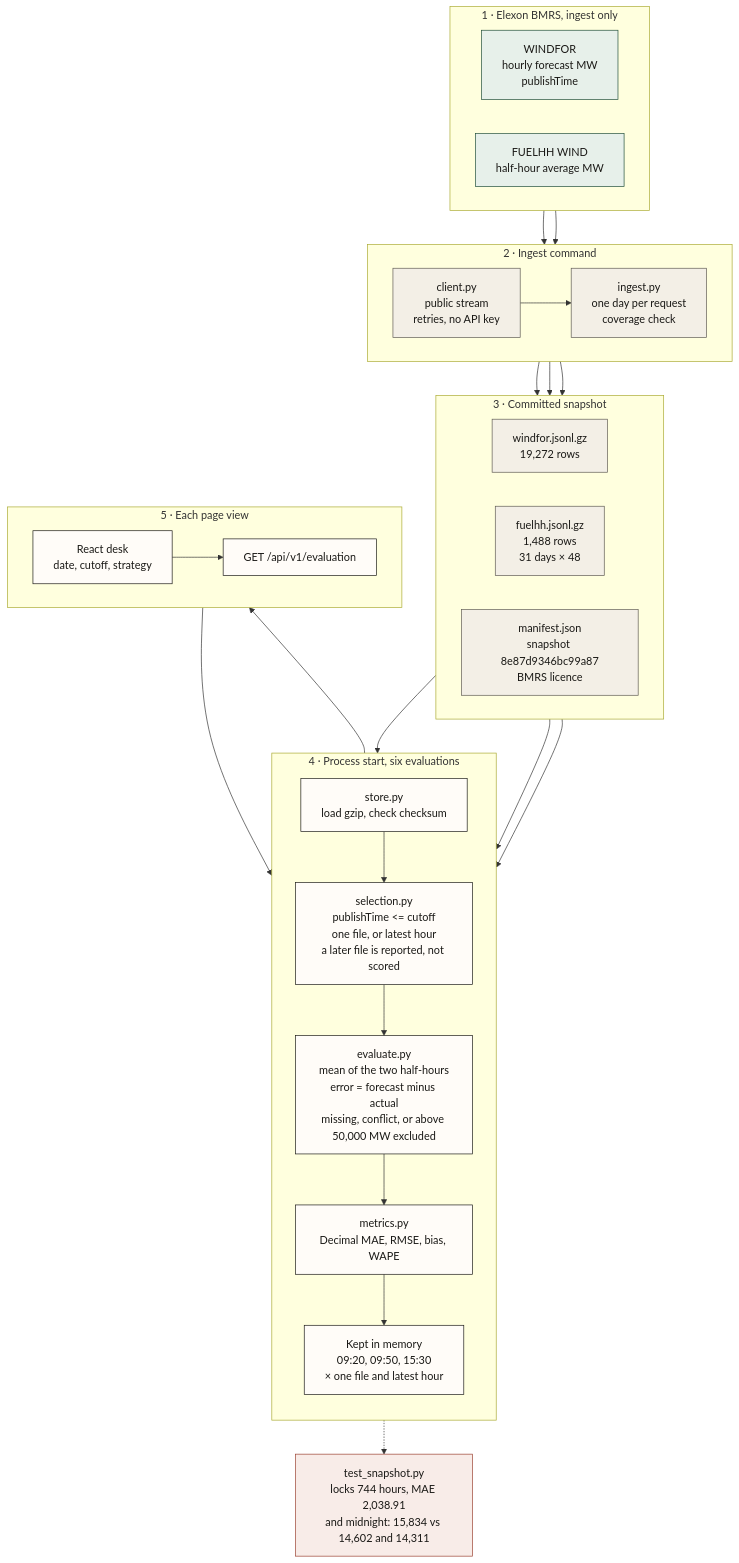
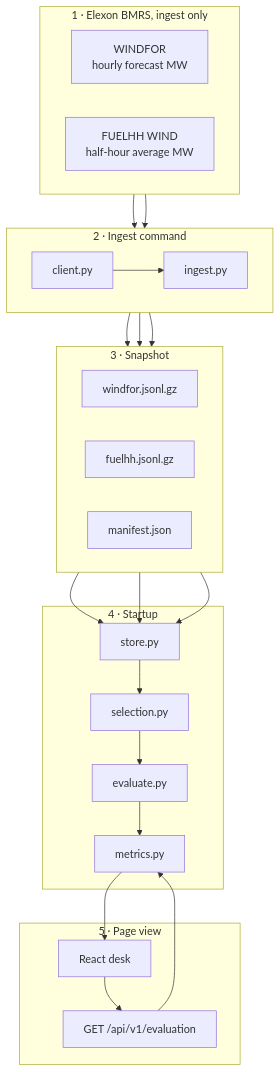
Before and after one commit to keshav-077/northline: the diagram in README.md, drawn with Mermaid. The commit also changed other lines of this file and 4 other files, not shown here.

First line of the commit message:
Point the README at the live desk and the walkthrough.

````diff
--- a/README.md
+++ b/README.md
@@ -70,61 +188,41 @@
 ```mermaid
 flowchart TB
   subgraph src ["1 · Elexon BMRS, ingest only"]
     direction LR
-    W["WINDFOR<br/>hourly forecast MW<br/>publishTime"]
+    W["WINDFOR<br/>hourly forecast MW"]
     F["FUELHH WIND<br/>half-hour average MW"]
   end
 
   subgraph ing ["2 · Ingest command"]
     direction LR
-    C["client.py<br/>public stream<br/>retries, no API key"]
-    I["ingest.py<br/>one day per request<br/>coverage check"]
+    C["client.py"]
+    I["ingest.py"]
   end
 
-  subgraph snap ["3 · Committed snapshot"]
+  subgraph snap ["3 · Snapshot"]
     direction LR
-    GZ["windfor.jsonl.gz<br/>19,272 rows"]
-    FA["fuelhh.jsonl.gz<br/>1,488 rows<br/>31 days × 48"]
-    M["manifest.json<br/>snapshot 8e87d9346bc99a87<br/>BMRS licence"]
+    GZ["windfor.jsonl.gz"]
+    FA["fuelhh.jsonl.gz"]
+    M["manifest.json"]
   end
 
-  subgraph boot ["4 · Process start, six evaluations"]
-    direction TB
-    L["store.py<br/>load gzip, check checksum"]
-    S["selection.py<br/>publishTime &lt;= cutoff<br/>one file, or latest hour<br/>a later file is reported, not scored"]
-    EV["evaluate.py<br/>mean of the two half-hours<br/>error = forecast minus actual<br/>missing, conflict, or above 50,000 MW excluded"]
-    K["metrics.py<br/>Decimal MAE, RMSE, bias, WAPE"]
-    MEM["Kept in memory<br/>09:20, 09:50, 15:30<br/>× one file and latest hour"]
+  subgraph boot ["4 · Startup"]
+    L["store.py"] --> S["selection.py"] --> EV["evaluate.py"] --> K["metrics.py"]
   end
 
-  subgraph view ["5 · Each page view"]
-    direction LR
-    UI["React desk<br/>date, cutoff, strategy"]
-    R["GET /api/v1/evaluation"]
+  subgraph view ["5 · Page view"]
+    UI["React desk"] --> R["GET /api/v1/evaluation"]
   end
-
-  TST["test_snapshot.py<br/>locks 744 hours, MAE 2,038.91<br/>and midnight: 15,834 vs 14,602 and 14,311"]
 
   W --> C
   F --> C
   C --> I
   I --> GZ
   I --> FA
   I --> M
   GZ --> L
   FA --> L
   M --> L
-  L --> S --> EV --> K --> MEM
-  UI --> R --> MEM
-  MEM --> UI
-  MEM -.-> TST
-
-  classDef source fill:#e7f0ea,stroke:#1f4d3a,color:#1a1916
-  classDef built fill:#f3efe6,stroke:#5e5a53,color:#1a1916
-  classDef live fill:#fffcf8,stroke:#1a1916,color:#1a1916
-  classDef proof fill:#f8ece8,stroke:#9a4030,color:#1a1916
-  class W,F source
-  class C,I,GZ,FA,M built
-  class L,S,EV,K,MEM,UI,R live
-  class TST proof
+  R --> K
+  K --> UI
 ```
````
